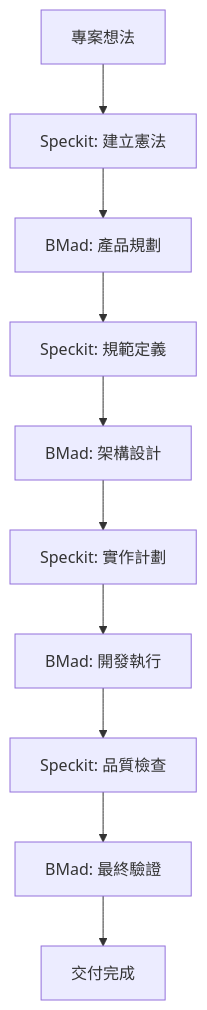
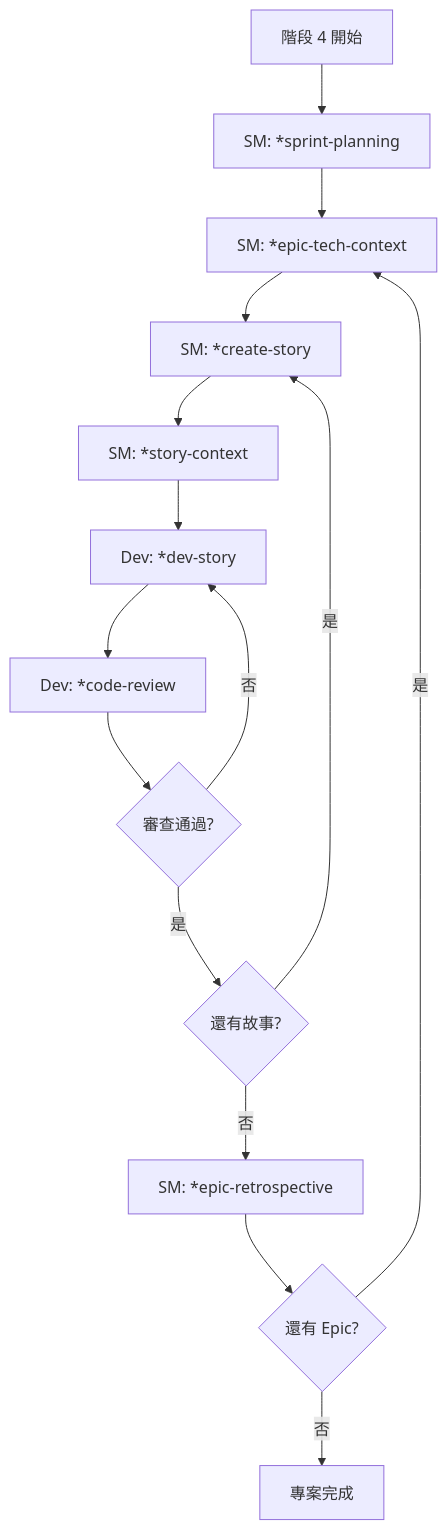
The fifth of 5 diagrams in README.md (jamesjantw/vibe_coding), drawn with Mermaid before and after one commit. The commit also changed other lines of this file and 435 other files, not shown here.

````diff
--- a/README.md
+++ b/README.md
@@ -402,12 +282,17 @@
 ```mermaid
 graph TD
-    A[專案想法] --> B[Speckit: 建立憲法]
-    B --> C[BMad: 產品規劃]
-    C --> D[Speckit: 規範定義]
-    D --> E[BMad: 架構設計]
-    E --> F[Speckit: 實作計劃]
-    F --> G[BMad: 開發執行]
-    G --> H[Speckit: 品質檢查]
-    H --> I[BMad: 最終驗證]
-    I --> J[交付完成]
+    A[階段 4 開始] --> B[SM: *sprint-planning]
+    B --> C[SM: *epic-tech-context]
+    C --> D[SM: *create-story]
+    D --> E[SM: *story-context]
+    E --> F[Dev: *dev-story]
+    F --> G[Dev: *code-review]
+    G --> H{審查通過?}
+    H -->|否| F
+    H -->|是| I{還有故事?}
+    I -->|是| D
+    I -->|否| J[SM: *epic-retrospective]
+    J --> K{還有 Epic?}
+    K -->|是| C
+    K -->|否| L[專案完成]
 ```
````
